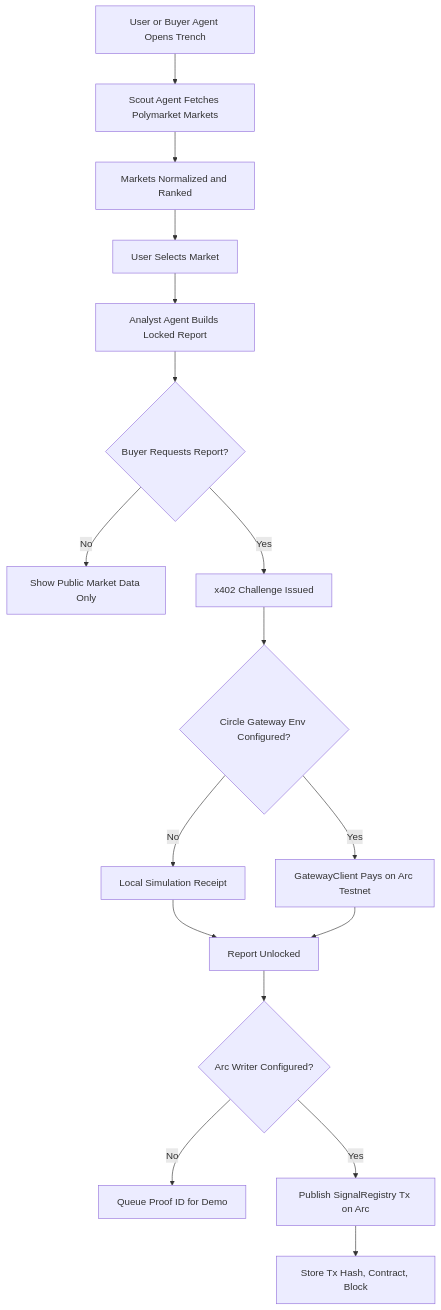
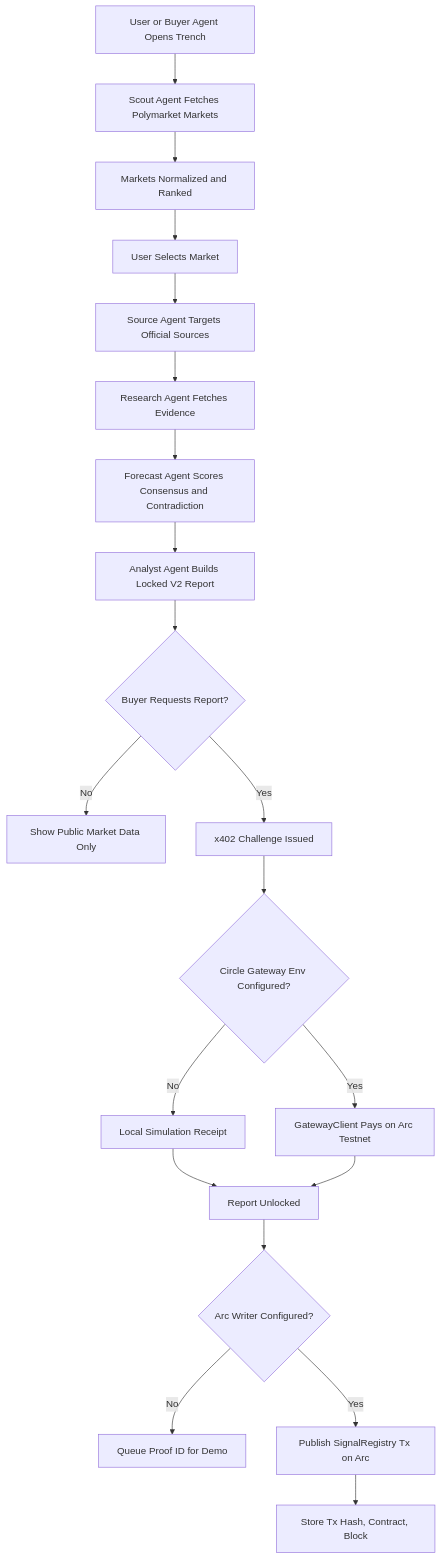
One commit to ELLA0VICTOR/trench-markets changed the diagram in README.md. Above: the diagram before and after it, drawn with Mermaid. The commit also changed other lines of this file and 10 other files, not shown here.

````diff
--- a/README.md
+++ b/README.md
@@ -20,19 +23,22 @@
 ```mermaid
 flowchart TD
   A[User or Buyer Agent Opens Trench] --> B[Scout Agent Fetches Polymarket Markets]
   B --> C[Markets Normalized and Ranked]
   C --> D[User Selects Market]
-  D --> E[Analyst Agent Builds Locked Report]
-  E --> F{Buyer Requests Report?}
-  F -- No --> G[Show Public Market Data Only]
-  F -- Yes --> H[x402 Challenge Issued]
-  H --> I{Circle Gateway Env Configured?}
-  I -- No --> J[Local Simulation Receipt]
-  I -- Yes --> K[GatewayClient Pays on Arc Testnet]
-  J --> L[Report Unlocked]
-  K --> L
-  L --> M{Arc Writer Configured?}
-  M -- No --> N[Queue Proof ID for Demo]
-  M -- Yes --> O[Publish SignalRegistry Tx on Arc]
-  O --> P[Store Tx Hash, Contract, Block]
+  D --> E[Source Agent Targets Official Sources]
+  E --> F[Research Agent Fetches Evidence]
+  F --> G[Forecast Agent Scores Consensus and Contradiction]
+  G --> H[Analyst Agent Builds Locked V2 Report]
+  H --> I{Buyer Requests Report?}
+  I -- No --> J[Show Public Market Data Only]
+  I -- Yes --> K[x402 Challenge Issued]
+  K --> L{Circle Gateway Env Configured?}
+  L -- No --> M[Local Simulation Receipt]
+  L -- Yes --> N[GatewayClient Pays on Arc Testnet]
+  M --> O[Report Unlocked]
+  N --> O
+  O --> P{Arc Writer Configured?}
+  P -- No --> Q[Queue Proof ID for Demo]
+  P -- Yes --> R[Publish SignalRegistry Tx on Arc]
+  R --> S[Store Tx Hash, Contract, Block]
 ```
````
